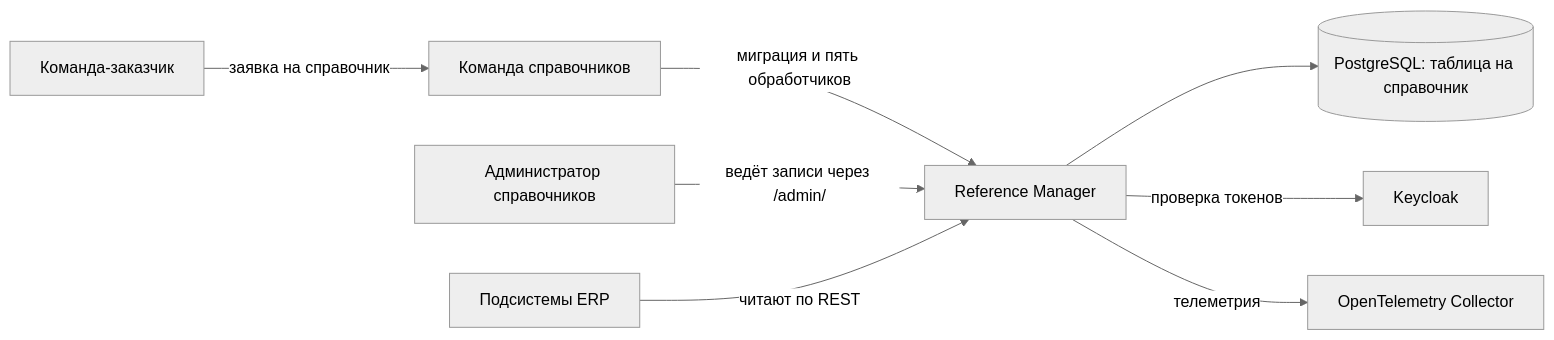
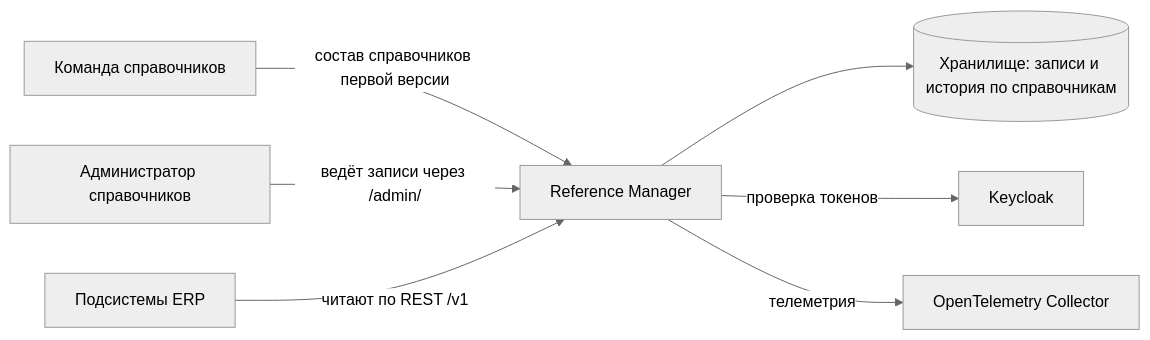
Before and after one commit to MEPhI-C22-501/arch-info-system-monorepo: the first of 3 diagrams in reference-manager/docs/vision.md, drawn with Mermaid (neutral theme). The commit also changed other lines of this file and 30 other files, not shown here.

````diff
--- a/reference-manager/docs/vision.md
+++ b/reference-manager/docs/vision.md
@@ -20,10 +19,9 @@
 ```mermaid
 flowchart LR
-    Team[Команда-заказчик] -->|заявка на справочник| RefTeam[Команда справочников]
-    RefTeam -->|миграция и пять обработчиков| RM[Reference Manager]
+    RefTeam[Команда справочников] -->|состав справочников первой версии| RM[Reference Manager]
     Admin[Администратор справочников] -->|ведёт записи через /admin/| RM
-    Services[Подсистемы ERP] -->|читают по REST| RM
-    RM --> DB[(PostgreSQL: таблица на справочник)]
+    Services[Подсистемы ERP] -->|читают по REST /v1| RM
+    RM --> DB[(Хранилище: записи и история по справочникам)]
     RM -->|проверка токенов| KC[Keycloak]
     RM -->|телеметрия| OTel[OpenTelemetry Collector]
 ```
````
